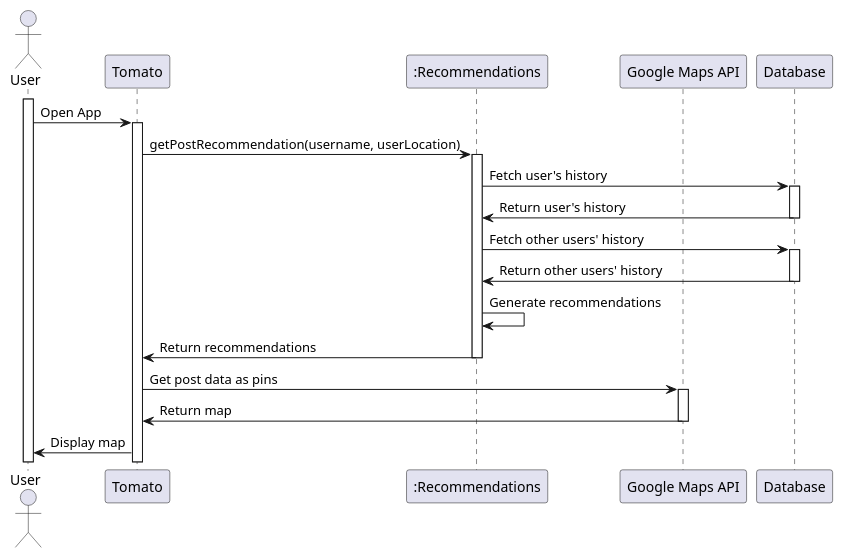
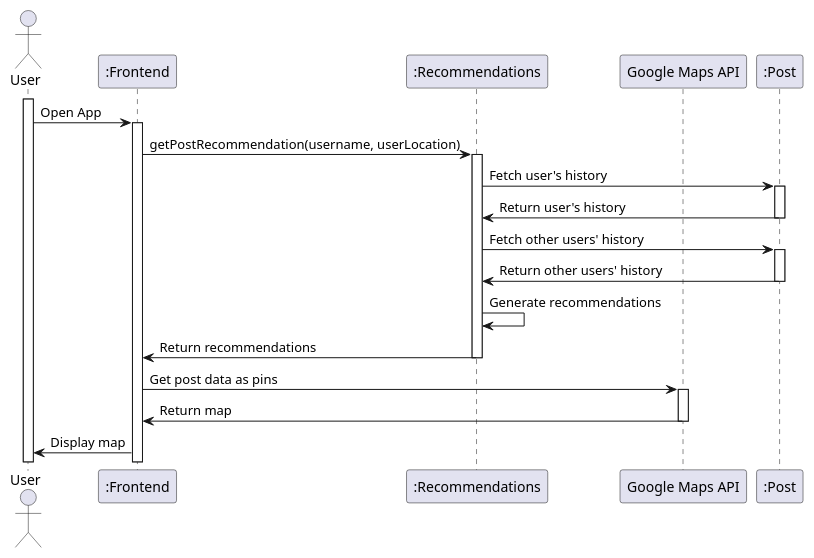
One commit to xuantungbrian/Tomato changed the diagram in plantUML/recommend.puml. Above: the diagram before and after it, drawn with PlantUML. The commit also changed 11 other files, not shown here.

Commit message:
Update Sequence Diagrams

```diff
--- a/plantUML/recommend.puml
+++ b/plantUML/recommend.puml
@@ -1,34 +1,34 @@
 @startuml
 
 ' Sequence Diagram: Display Posted Pictures as Pins
 actor User
-participant "Tomato" as App
+participant ":Frontend" as App
 participant ":Recommendations" as Rec
 participant "Google Maps API" as Maps
-participant "Database" as DB
+participant ":Post" as DB
 ' participant "Database" as DB
 
 activate User
 User -> App: Open App
 activate App
 App->Rec: getPostRecommendation(username, userLocation)
 activate Rec
 Rec -> DB: Fetch user's history
 activate DB
 DB -> Rec: Return user's history
 deactivate DB
 Rec -> DB: Fetch other users' history
 activate DB
 DB -> Rec: Return other users' history
 deactivate DB
 Rec -> Rec: Generate recommendations
 Rec -> App: Return recommendations
 deactivate Rec
 
 App -> Maps: Get post data as pins
 activate Maps
 Maps -> App: Return map
 deactivate Maps
 App -> User: Display map
 
 @enduml
```
